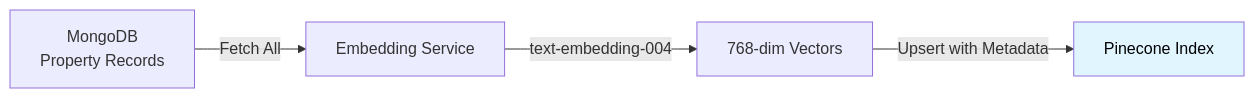
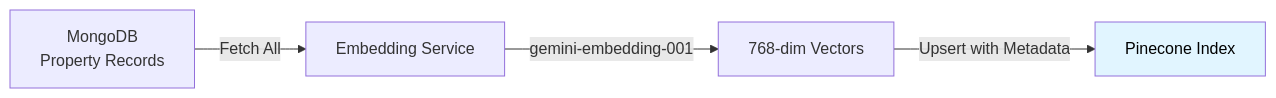
One commit to hoangsonww/EstateWise-Chapel-Hill-Chatbot changed the second of 30 diagrams in RAG_SYSTEM.md. Above: the diagram before and after it, drawn with Mermaid. The commit also changed other lines of this file and 12 other files, not shown here.

Commit message:
feat(embeddings): update embedding model from text-embedding-004 to gemini-embedding-001 across multiple files

````diff
--- a/RAG_SYSTEM.md
+++ b/RAG_SYSTEM.md
@@ -113,8 +113,8 @@
 ```mermaid
 flowchart LR
     A[MongoDB<br/>Property Records] -->|Fetch All| B[Embedding Service]
-    B -->|text-embedding-004| C[768-dim Vectors]
+    B -->|gemini-embedding-001| C[768-dim Vectors]
     C -->|Upsert with Metadata| D[Pinecone Index]
     
     style D fill:#e1f5ff,color:#000
 ```
````
